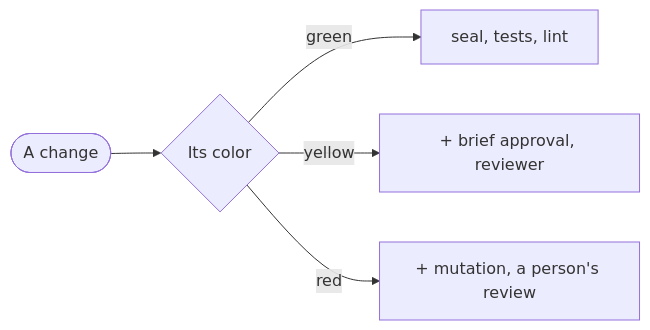
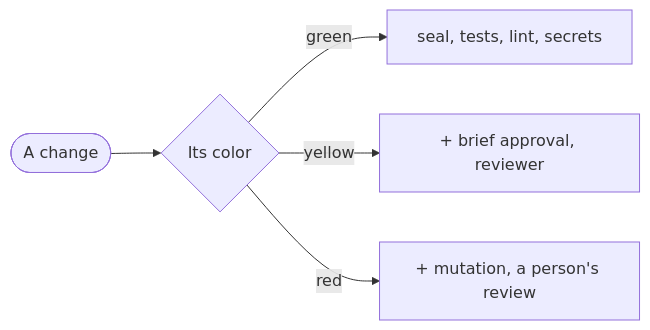
One commit to MarsGotta/gdd changed the diagram in skills/gdd-prepare/assets/blueprint.md. Above: the diagram before and after it, drawn with Mermaid. The commit also changed other lines of this file and 27 other files, not shown here.

````diff
--- a/skills/gdd-prepare/assets/blueprint.md
+++ b/skills/gdd-prepare/assets/blueprint.md
@@ -64,7 +67,7 @@
 ```mermaid
 flowchart LR
   change([A change]) --> color{Its color}
-  color -->|green| green[seal, tests, lint]
+  color -->|green| green[seal, tests, lint, secrets]
   color -->|yellow| yellow[+ brief approval, reviewer]
   color -->|red| red[+ mutation, a person's review]
 ```
````
